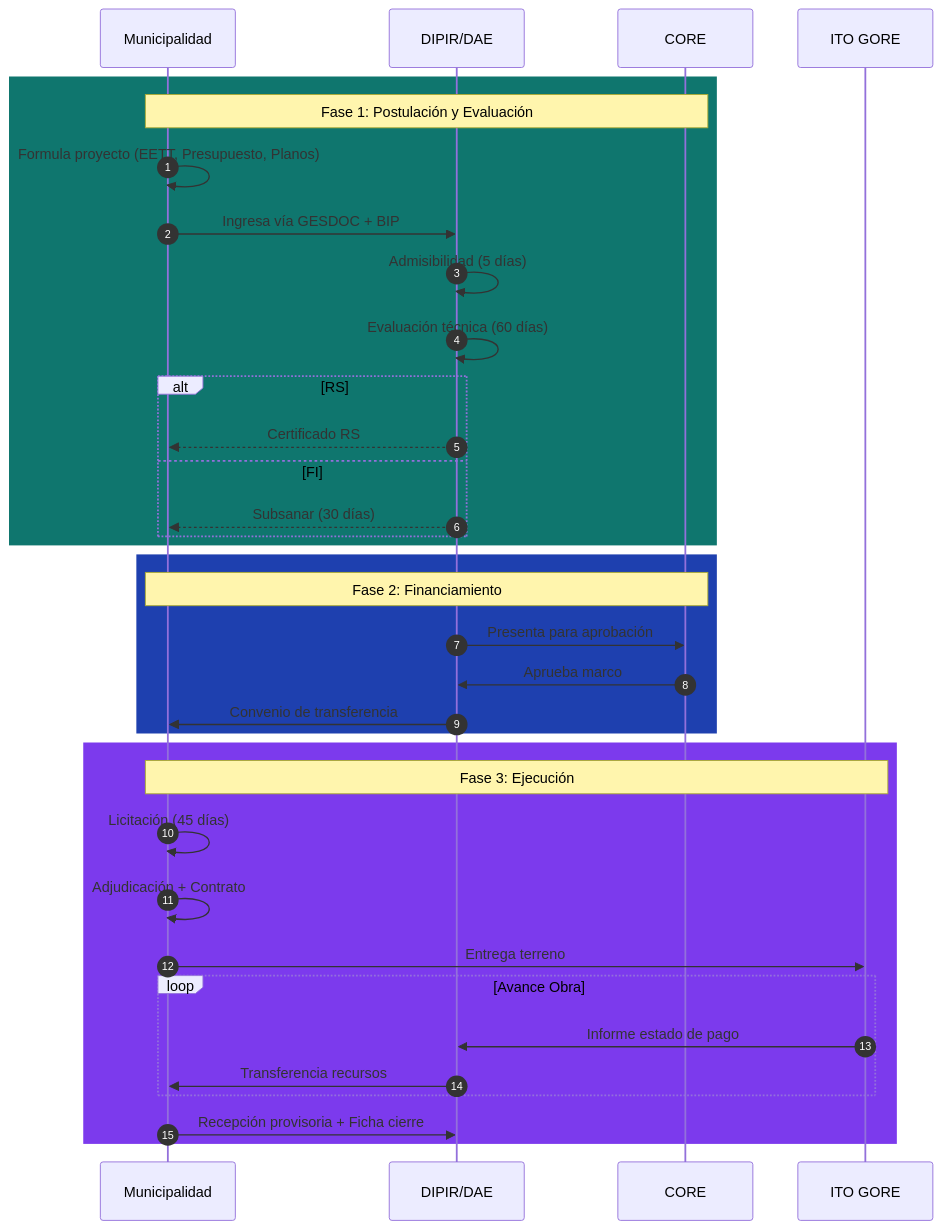
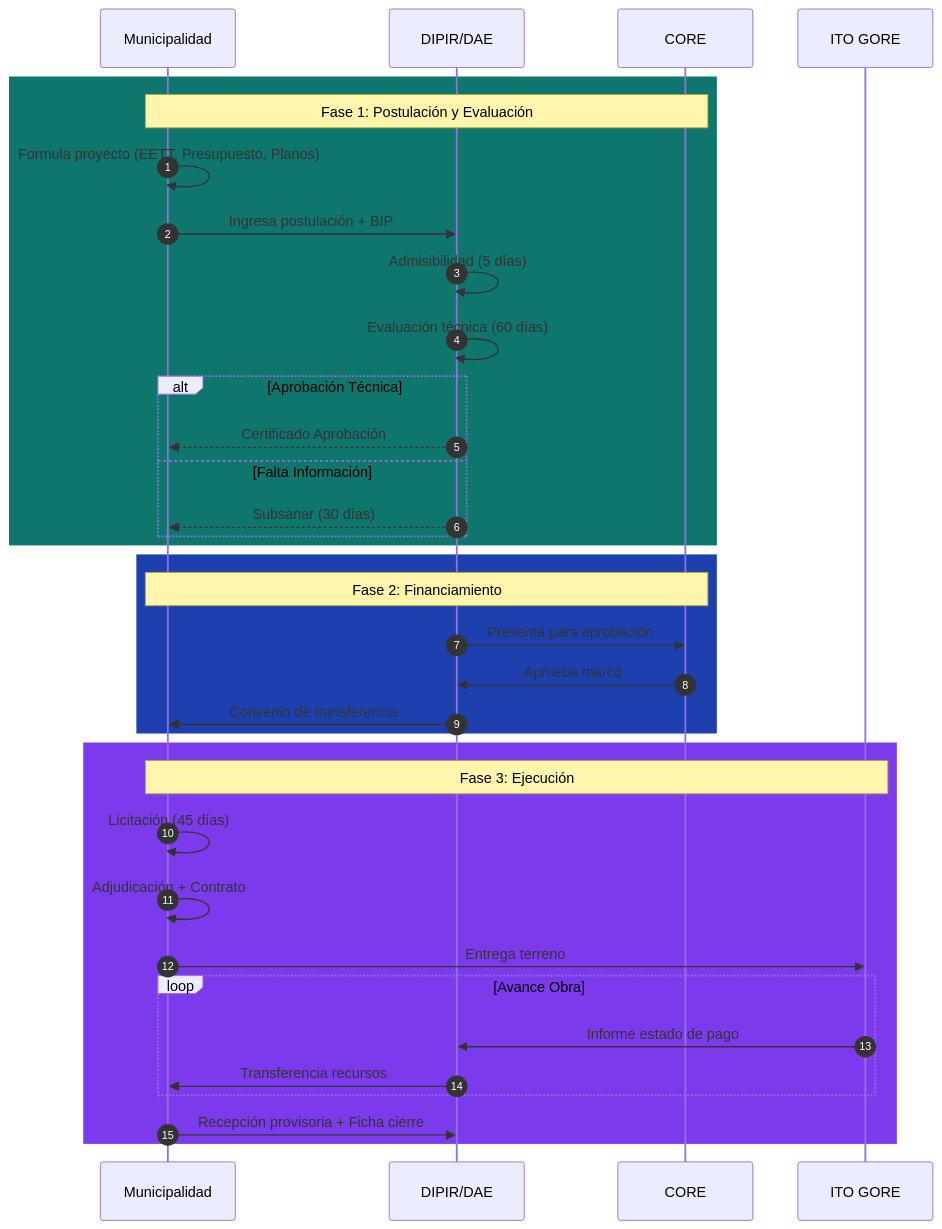
Before and after one commit to felix-antonio-sl/gorenuble: diagram 16 of 26 in knowledge/domains/gn/models/omega_gore_nuble_mermaid.md, drawn with Mermaid. The commit also changed other lines of this file and 2 other files, not shown here.

Commit message:
docs: Update GORE Ñuble model with territorial ficha, organizational structure refinements, and legal restrictions.

````diff
--- a/knowledge/domains/gn/models/omega_gore_nuble_mermaid.md
+++ b/knowledge/domains/gn/models/omega_gore_nuble_mermaid.md
@@ -1140,40 +1252,40 @@
 ```mermaid
 sequenceDiagram
     autonumber
     participant MUN as Municipalidad
     participant GORE as DIPIR/DAE
     participant CORE as CORE
     participant ITO as ITO GORE
     
     rect rgb(15, 118, 110)
         Note over MUN,CORE: Fase 1: Postulación y Evaluación
         MUN->>MUN: Formula proyecto (EETT, Presupuesto, Planos)
-        MUN->>GORE: Ingresa vía GESDOC + BIP
+        MUN->>GORE: Ingresa postulación + BIP
         GORE->>GORE: Admisibilidad (5 días)
         GORE->>GORE: Evaluación técnica (60 días)
-        alt RS
-            GORE-->>MUN: Certificado RS
-        else FI
+        alt Aprobación Técnica
+            GORE-->>MUN: Certificado Aprobación
+        else Falta Información
             GORE-->>MUN: Subsanar (30 días)
         end
     end
     
     rect rgb(30, 64, 175)
         Note over MUN,CORE: Fase 2: Financiamiento
         GORE->>CORE: Presenta para aprobación
         CORE->>GORE: Aprueba marco
         GORE->>MUN: Convenio de transferencia
     end
     
     rect rgb(124, 58, 237)
         Note over MUN,ITO: Fase 3: Ejecución
         MUN->>MUN: Licitación (45 días)
         MUN->>MUN: Adjudicación + Contrato
         MUN->>ITO: Entrega terreno
         loop Avance Obra
             ITO->>GORE: Informe estado de pago
             GORE->>MUN: Transferencia recursos
         end
         MUN->>GORE: Recepción provisoria + Ficha cierre
     end
 ```
````
